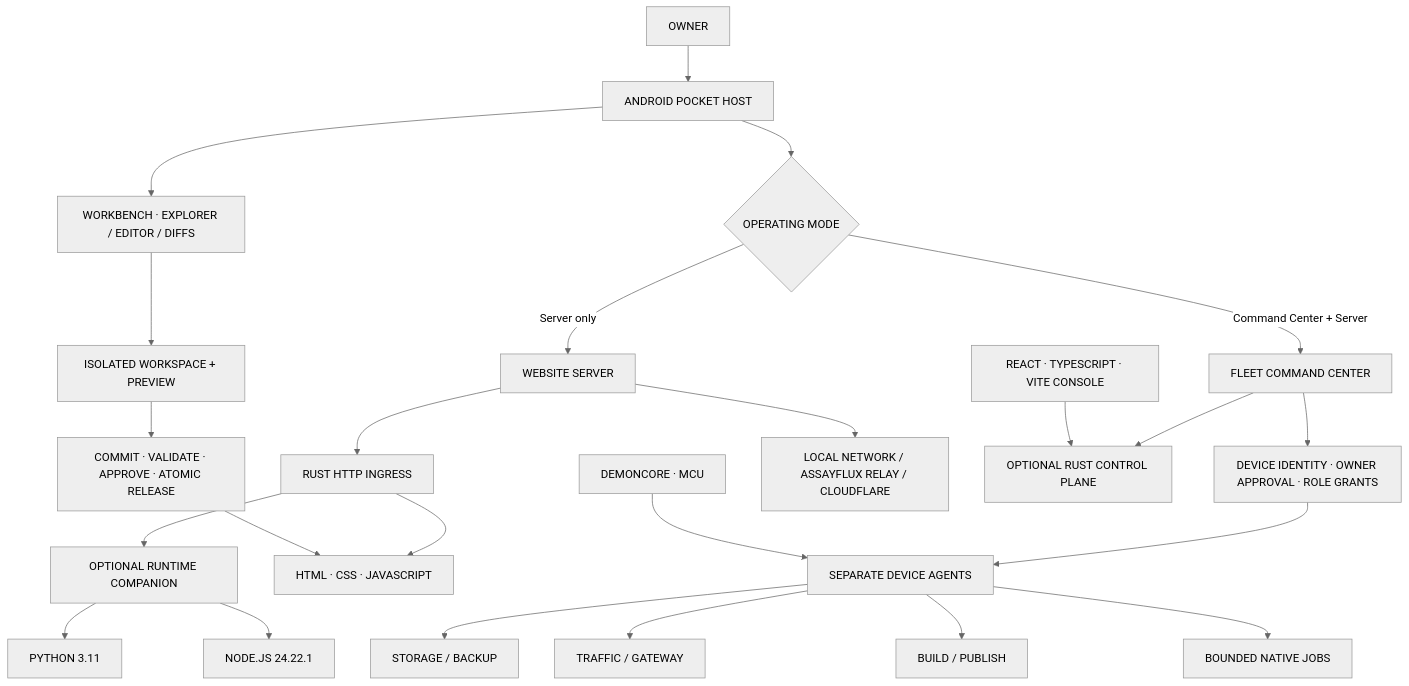
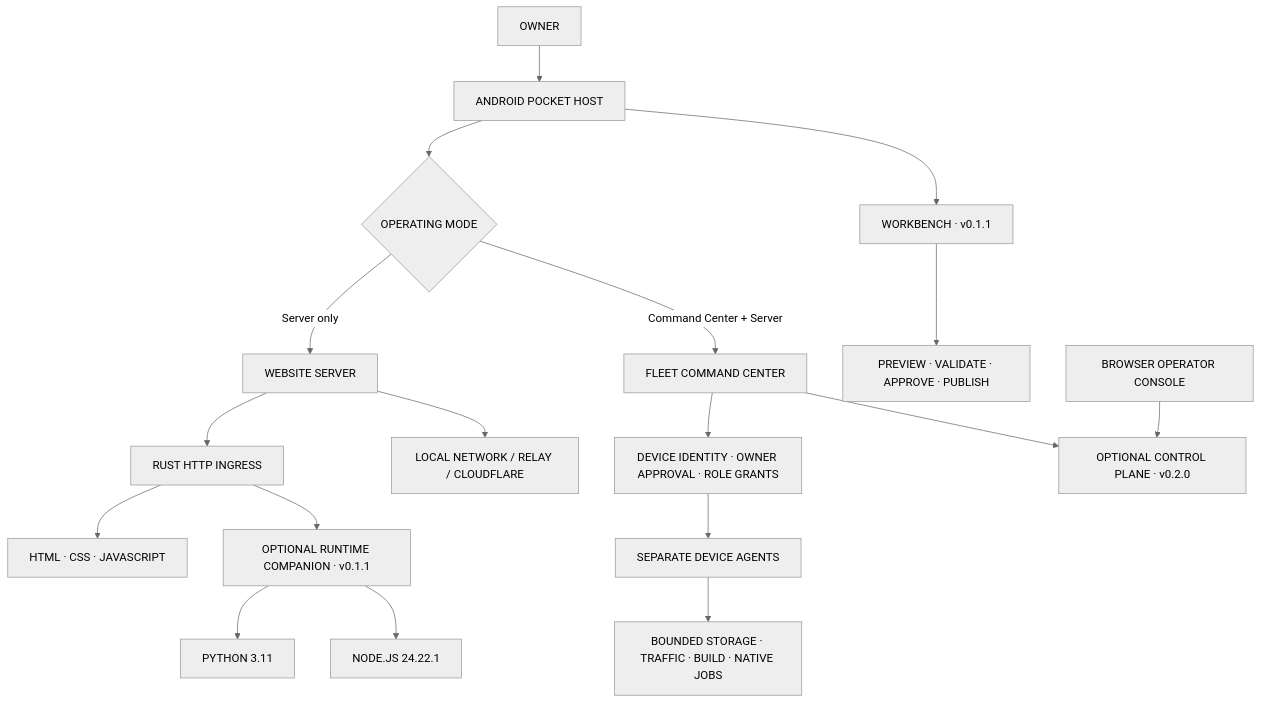
Before and after one commit to AssayFlux/PocketHost: the diagram in README.md, drawn with Mermaid (neutral theme). The commit also changed other lines of this file and 40 other files, not shown here.

Commit message:
Reset roadmap and documentation for three-release plan; raise website import to 500 MB

```diff
--- a/README.md
+++ b/README.md
@@ -134,26 +137,20 @@
 ~~~mermaid
 flowchart TB
     OWNER["OWNER"] --> MOBILE["ANDROID POCKET HOST"]
     MOBILE --> MODE{"OPERATING MODE"}
     MODE -->|"Server only"| SERVER["WEBSITE SERVER"]
     MODE -->|"Command Center + Server"| COMMAND["FLEET COMMAND CENTER"]
     COMMAND --> TRUST["DEVICE IDENTITY · OWNER APPROVAL · ROLE GRANTS"]
     TRUST --> AGENTS["SEPARATE DEVICE AGENTS"]
-    AGENTS --> STORAGE["STORAGE / BACKUP"]
-    AGENTS --> TRAFFIC["TRAFFIC / GATEWAY"]
-    AGENTS --> BUILD["BUILD / PUBLISH"]
-    AGENTS --> JOBS["BOUNDED NATIVE JOBS"]
+    AGENTS --> ROLES["BOUNDED STORAGE · TRAFFIC · BUILD · NATIVE JOBS"]
     SERVER --> RUST["RUST HTTP INGRESS"]
     RUST --> STATIC["HTML · CSS · JAVASCRIPT"]
-    MOBILE --> WB["WORKBENCH · EXPLORER / EDITOR / DIFFS"]
-    WB --> WS["ISOLATED WORKSPACE + PREVIEW"]
-    WS --> RELEASE["COMMIT · VALIDATE · APPROVE · ATOMIC RELEASE"]
-    RELEASE --> STATIC
-    RUST --> COMPANION["OPTIONAL RUNTIME COMPANION"]
+    MOBILE --> WB["WORKBENCH · v0.1.1"]
+    WB --> RELEASE["PREVIEW · VALIDATE · APPROVE · PUBLISH"]
+    RUST --> COMPANION["OPTIONAL RUNTIME COMPANION · v0.1.1"]
     COMPANION --> PY["PYTHON 3.11"]
     COMPANION --> NODE["NODE.JS 24.22.1"]
-    SERVER --> INGRESS["LOCAL NETWORK / ASSAYFLUX RELAY / CLOUDFLARE"]
-    COMMAND --> CONTROL["OPTIONAL RUST CONTROL PLANE"]
-    CONSOLE["REACT · TYPESCRIPT · VITE CONSOLE"] --> CONTROL
-    EDGE["DEMONCORE · MCU"] --> AGENTS
+    SERVER --> INGRESS["LOCAL NETWORK / RELAY / CLOUDFLARE"]
+    COMMAND --> CONTROL["OPTIONAL CONTROL PLANE · v0.2.0"]
+    CONSOLE["BROWSER OPERATOR CONSOLE"] --> CONTROL
 ~~~
```
